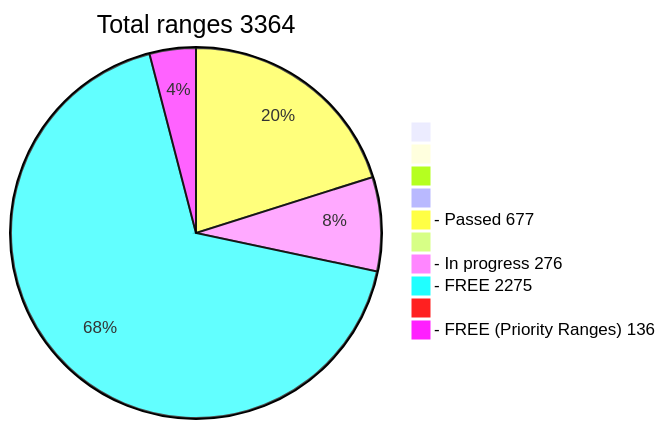
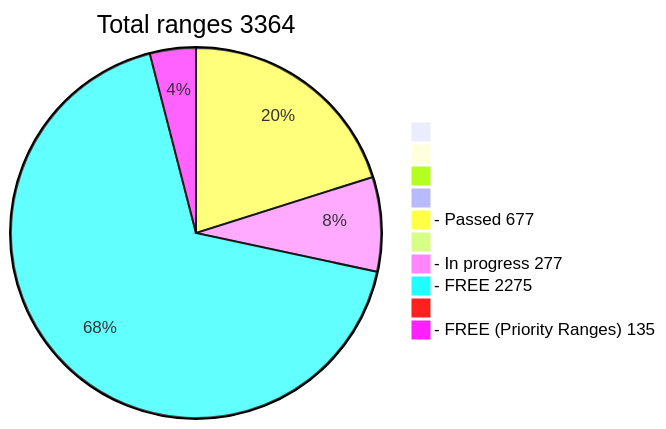
The diagram in README.md (phrutis/wif500), drawn with Mermaid before and after one commit.

````diff
--- a/README.md
+++ b/README.md
@@ -16,13 +16,13 @@
 ```mermaid
 pie title Total ranges 3364
              " " : 0
             "  " : 0
            "   " : 0
           "    " : 0
   "- Passed 677" : 677
          "     " : 0
-  "- In progress 276" : 276
+  "- In progress 277" : 277
    "- FREE 2275" : 2275
         "      " : 0
-  "- FREE (Priority Ranges) 136" : 136
+  "- FREE (Priority Ranges) 135" : 135
 ```
````
